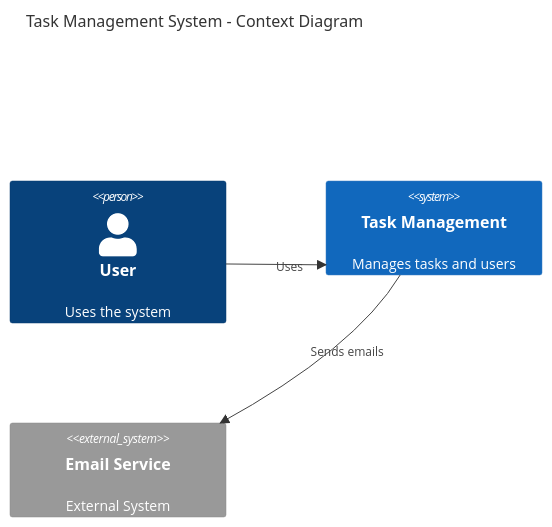
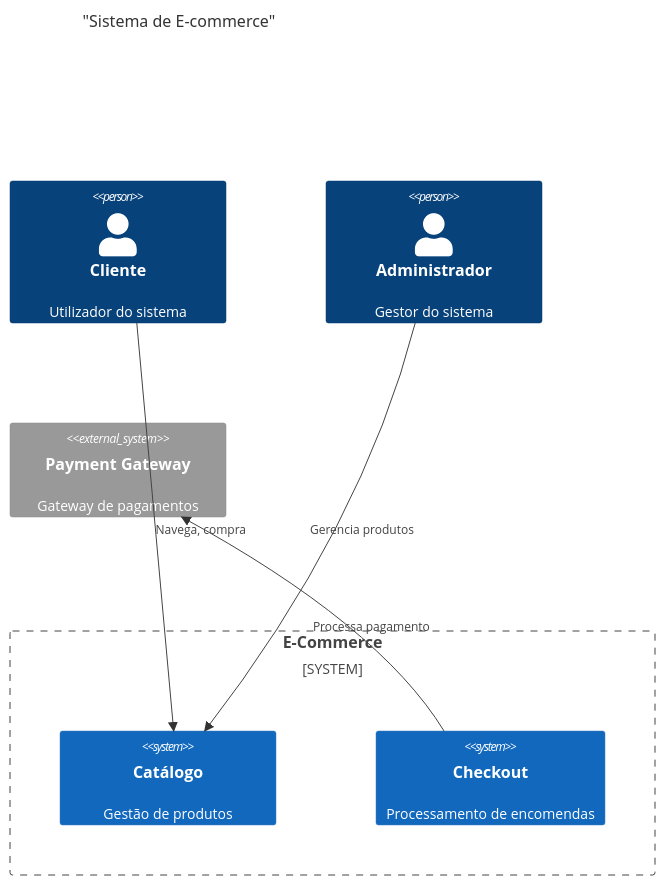
Before and after one commit to albinoJimy/Neural-Hive-Mind: the first of 2 diagrams in services/architect-agent/docs/DIAGRAM_GENERATION.md, drawn with Mermaid. The commit also changed other lines of this file and 3 other files, not shown here.

First line of the commit message:
docs(architect-agent): add user documentation for Fluxo G Fase 1 modules

````diff
--- a/services/architect-agent/docs/DIAGRAM_GENERATION.md
+++ b/services/architect-agent/docs/DIAGRAM_GENERATION.md
@@ -122,11 +75,18 @@
 ```mermaid
 C4Context
-    title Task Management System - Context Diagram
-
-    Person(user, "User", "Uses the system")
-    System(tms, "Task Management", "Manages tasks and users")
-    System_Ext(email, "Email Service", "External System")
-
-    Rel(user, tms, "Uses")
-    Rel(tms, email, "Sends emails")
+    title "Sistema de E-commerce"
+    
+    Person(customer, "Cliente", "Utilizador do sistema")
+    Person(admin, "Administrador", "Gestor do sistema")
+    
+    System_Boundary(c1, "E-Commerce") {
+        System(catalog, "Catálogo", "Gestão de produtos")
+        System(checkout, "Checkout", "Processamento de encomendas")
+    }
+    
+    System_Ext(pgateway, "Payment Gateway", "Gateway de pagamentos")
+    
+    Rel(customer, catalog, "Navega, compra")
+    Rel(admin, catalog, "Gerencia produtos")
+    Rel(checkout, pgateway, "Processa pagamento")
 ```
````
